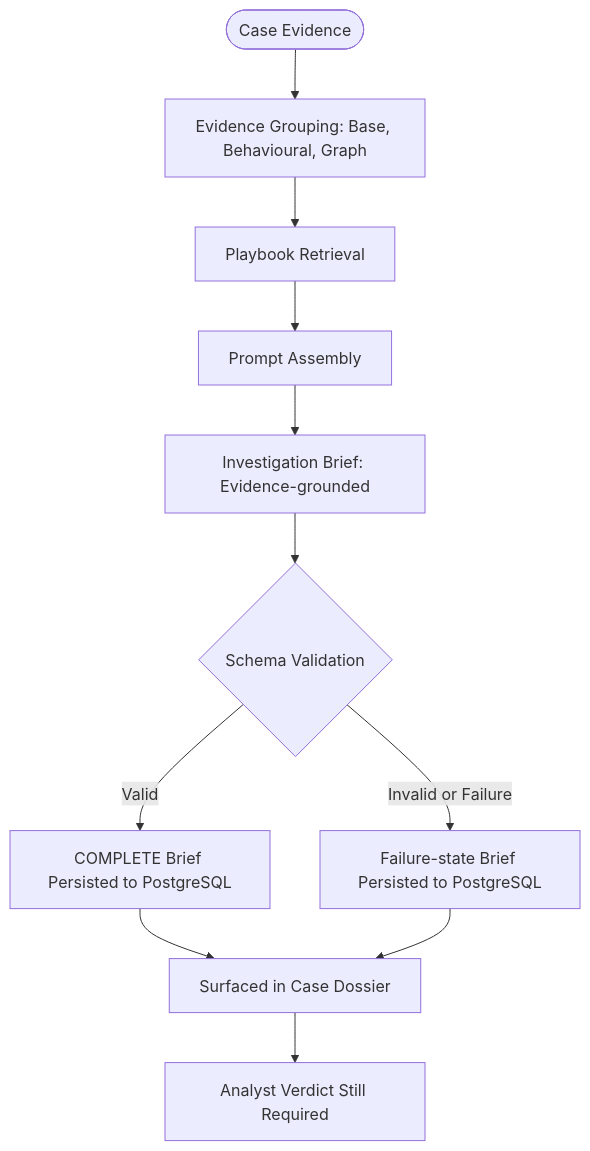
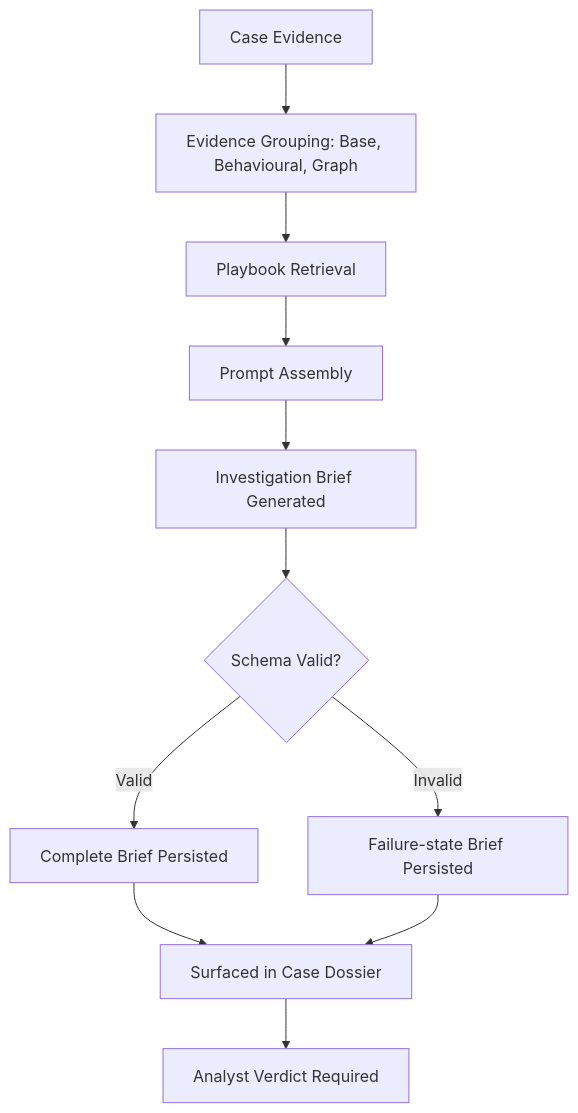
The fourth of 6 diagrams in README.md (IjazKakkodDS/transaction-fraud-intelligence-console), drawn with Mermaid before and after one commit. The commit also changed other lines of this file, not shown here.

Commit message:
Fix README Mermaid rendering

````diff
--- a/README.md
+++ b/README.md
@@ -303,13 +309,13 @@
 ```mermaid
 flowchart TD
-    A(["Case Evidence"]) --> B["Evidence Grouping: Base, Behavioural, Graph"]
+    A["Case Evidence"] --> B["Evidence Grouping: Base, Behavioural, Graph"]
     B --> C["Playbook Retrieval"]
     C --> D["Prompt Assembly"]
-    D --> E["Investigation Brief: Evidence-grounded"]
-    E --> F{"Schema Validation"}
-    F -->|Valid| G["COMPLETE Brief Persisted to PostgreSQL"]
-    F -->|"Invalid or Failure"| H["Failure-state Brief Persisted to PostgreSQL"]
+    D --> E["Investigation Brief Generated"]
+    E --> F{"Schema Valid?"}
+    F -->|Valid| G["Complete Brief Persisted"]
+    F -->|Invalid| H["Failure-state Brief Persisted"]
     G --> I["Surfaced in Case Dossier"]
     H --> I
-    I --> J["Analyst Verdict Still Required"]
+    I --> J["Analyst Verdict Required"]
 ```
````
